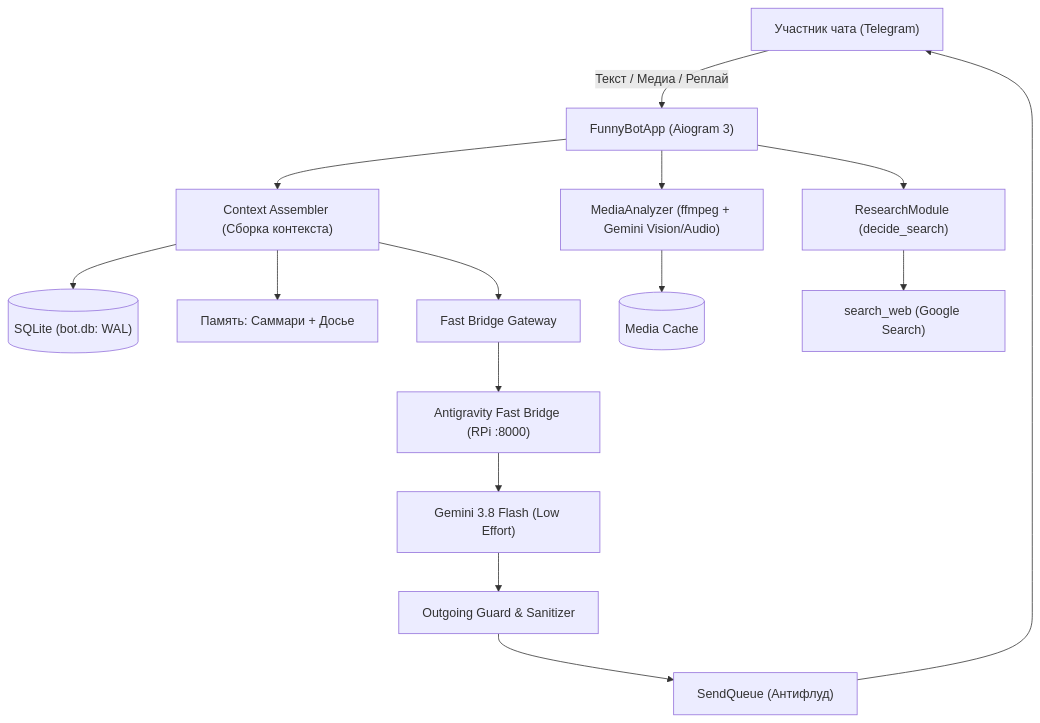
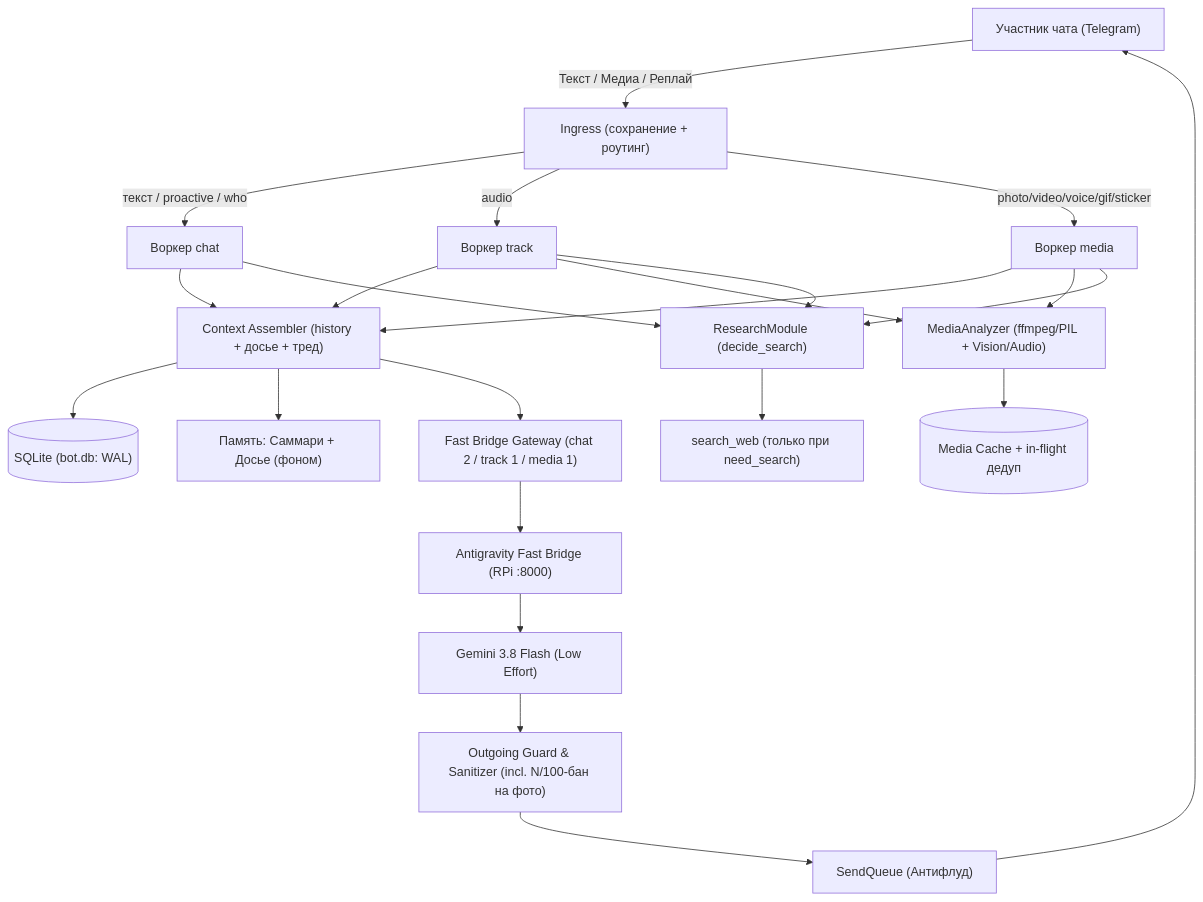
The diagram in README.md (o1uh/smeshniavka), drawn with Mermaid before and after one commit. The commit also changed other lines of this file and 13 other files, not shown here.

First line of the commit message:
feat(workers,flow): 3 воркера чат/треки/медиа и живой флоу

````diff
--- a/README.md
+++ b/README.md
@@ -9,21 +9,29 @@
 ```mermaid
 flowchart TD
-    User["Участник чата (Telegram)"] -->|Текст / Медиа / Реплай| Bot["FunnyBotApp (Aiogram 3)"]
-    Bot --> Context["Context Assembler (Сборка контекста)"]
+    User["Участник чата (Telegram)"] -->|Текст / Медиа / Реплай| Ingress["Ingress (сохранение + роутинг)"]
+    Ingress -->|текст / proactive / who| ChatQ["Воркер chat"]
+    Ingress -->|audio| TrackQ["Воркер track"]
+    Ingress -->|photo/video/voice/gif/sticker| MediaQ["Воркер media"]
+    ChatQ --> Context["Context Assembler (history + досье + тред)"]
+    TrackQ --> Context
+    MediaQ --> Context
     Context --> DB[("SQLite (bot.db: WAL)")]
-    Context --> Memory["Память: Саммари + Досье"]
+    Context --> Memory["Память: Саммари + Досье (фоном)"]
 
-    Bot --> Media["MediaAnalyzer (ffmpeg + Gemini Vision/Audio)"]
-    Media --> Cache[("Media Cache")]
+    TrackQ --> MediaAn["MediaAnalyzer (ffmpeg/PIL + Vision/Audio)"]
+    MediaQ --> MediaAn
+    MediaAn --> Cache[("Media Cache + in-flight дедуп")]
 
-    Bot --> Research["ResearchModule (decide_search)"]
-    Research --> SearchTool["search_web (Google Search)"]
+    ChatQ --> Research["ResearchModule (decide_search)"]
+    TrackQ --> Research
+    MediaQ --> Research
+    Research --> SearchTool["search_web (только при need_search)"]
 
-    Context --> Gateway["Fast Bridge Gateway"]
+    Context --> Gateway["Fast Bridge Gateway (chat 2 / track 1 / media 1)"]
     Gateway --> Bridge["Antigravity Fast Bridge (RPi :8000)"]
     Bridge --> LLM["Gemini 3.8 Flash (Low Effort)"]
 
-    LLM --> Guard["Outgoing Guard & Sanitizer"]
+    LLM --> Guard["Outgoing Guard & Sanitizer (incl. N/100-бан на фото)"]
     Guard --> Queue["SendQueue (Антифлуд)"]
     Queue --> User
 ```
````
